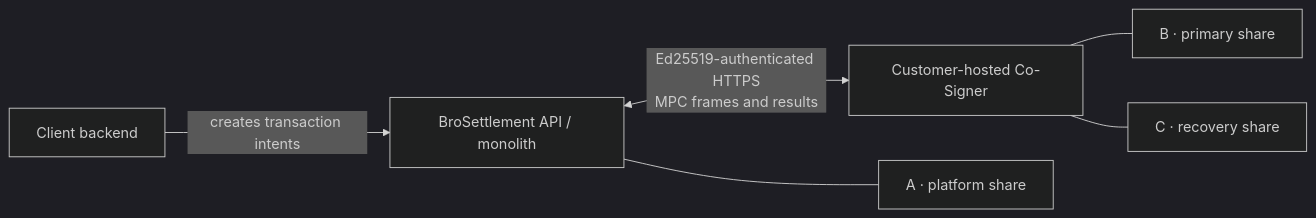
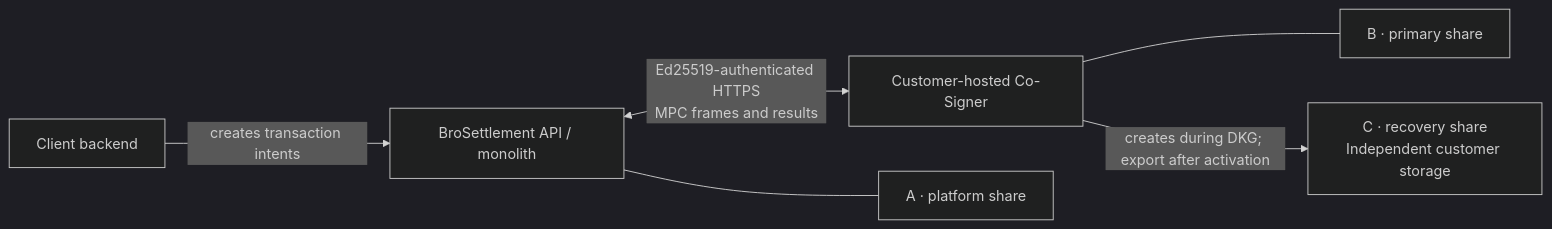
The diagram in README.md (BroLabel/brosettlement-mpc-co-signer), drawn with Mermaid (dark theme) before and after one commit. The commit also changed other lines of this file and 4 other files, not shown here.

Commit message:
docs(mpc): clarify independent Share C custody

````diff
--- a/README.md
+++ b/README.md
@@ -19,8 +20,8 @@
 ```mermaid
 flowchart LR
     Client["Client backend"] -->|"creates transaction intents"| Monolith["BroSettlement API / monolith"]
     Monolith <-->|"Ed25519-authenticated HTTPS<br/>MPC frames and results"| CoSigner["Customer-hosted Co-Signer"]
     Monolith --- A["A · platform share"]
     CoSigner --- B["B · primary share"]
-    CoSigner --- C["C · recovery share"]
+    CoSigner -->|"creates during DKG; export after activation"| C["C · recovery share<br/>Independent customer storage"]
 ```
````
